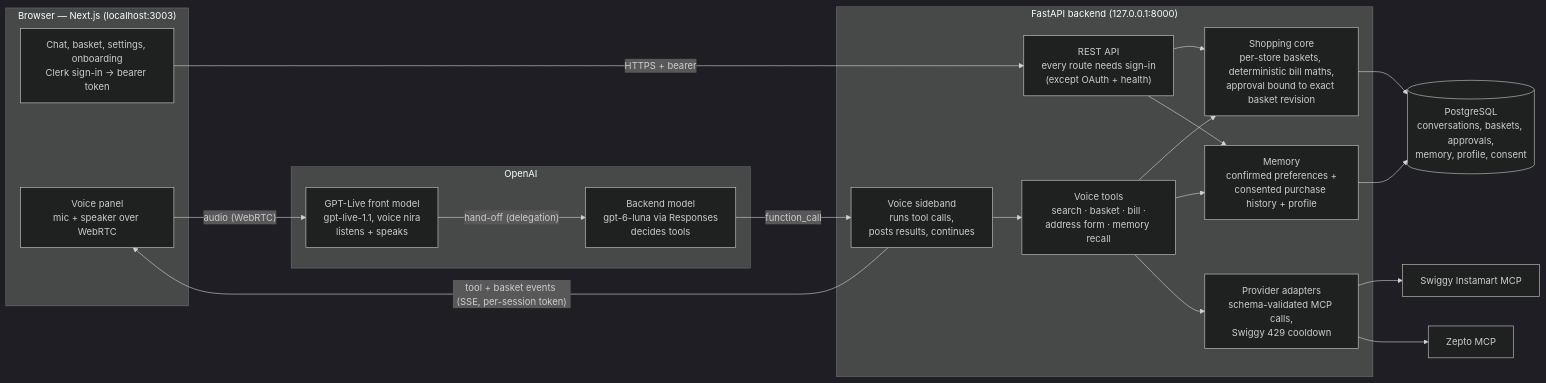
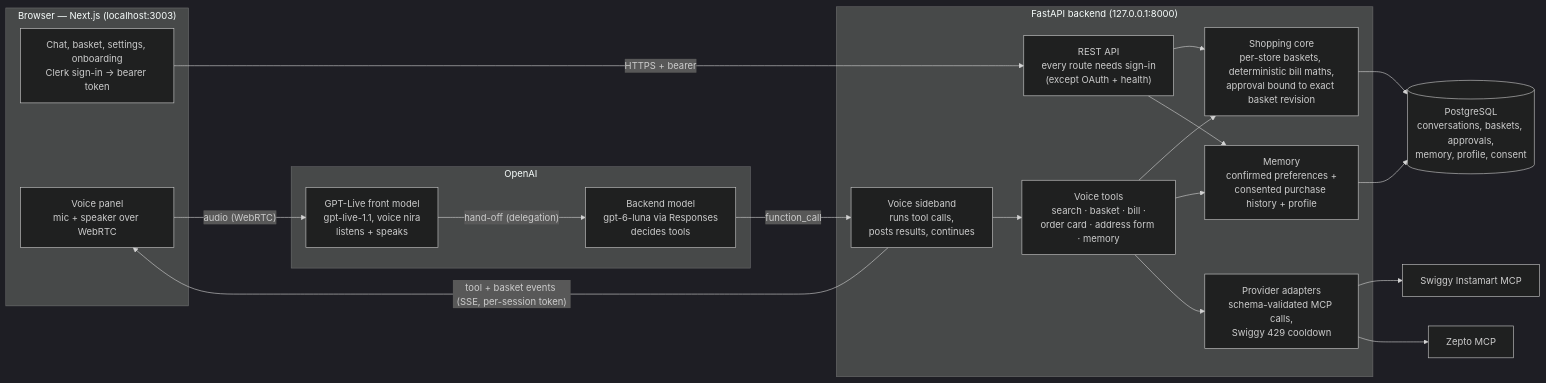
The first of 4 diagrams in docs/ARCHITECTURE.md (CodeWithMoin/gharsaathi), drawn with Mermaid (dark theme) before and after one commit. The commit also changed other lines of this file and 18 other files, not shown here.

Commit message:
One-tap order card: voice/typed prepare_order, POST /api/orders/confirm|cancel, bound single-use confirmation, prompts 1.11.0

````diff
--- a/docs/ARCHITECTURE.md
+++ b/docs/ARCHITECTURE.md
@@ -9,41 +9,41 @@
 ```mermaid
 flowchart LR
   subgraph Browser["Browser — Next.js (localhost:3003)"]
     UI["Chat, basket, settings, onboarding<br/>Clerk sign-in → bearer token"]
     VP["Voice panel<br/>mic + speaker over WebRTC"]
   end
 
   subgraph OpenAI["OpenAI"]
     LIVE["GPT-Live front model<br/>gpt-live-1.1, voice nira<br/>listens + speaks"]
     BRAIN["Backend model<br/>gpt-6-luna via Responses<br/>decides tools"]
   end
 
   subgraph Backend["FastAPI backend (127.0.0.1:8000)"]
     API["REST API<br/>every route needs sign-in<br/>(except OAuth + health)"]
     SB["Voice sideband<br/>runs tool calls,<br/>posts results, continues"]
-    TOOLS["Voice tools<br/>search · basket · bill ·<br/>address form · memory recall"]
+    TOOLS["Voice tools<br/>search · basket · bill ·<br/>order card · address form · memory"]
     CORE["Shopping core<br/>per-store baskets, deterministic bill maths,<br/>approval bound to exact basket revision"]
     MEM["Memory<br/>confirmed preferences +<br/>consented purchase history + profile"]
     ADP["Provider adapters<br/>schema-validated MCP calls,<br/>Swiggy 429 cooldown"]
   end
 
   DB[("PostgreSQL<br/>conversations, baskets, approvals,<br/>memory, profile, consent")]
   SW["Swiggy Instamart MCP"]
   ZP["Zepto MCP"]
 
   UI -- "HTTPS + bearer" --> API
   VP -- "audio (WebRTC)" --> LIVE
   LIVE -- "hand-off (delegation)" --> BRAIN
   BRAIN -- "function_call" --> SB
   SB --> TOOLS
   TOOLS --> CORE
   TOOLS --> MEM
   TOOLS --> ADP
   API --> CORE
   API --> MEM
   CORE --> DB
   MEM --> DB
   ADP --> SW
   ADP --> ZP
   SB -- "tool + basket events (SSE, per-session token)" --> VP
 ```
````
